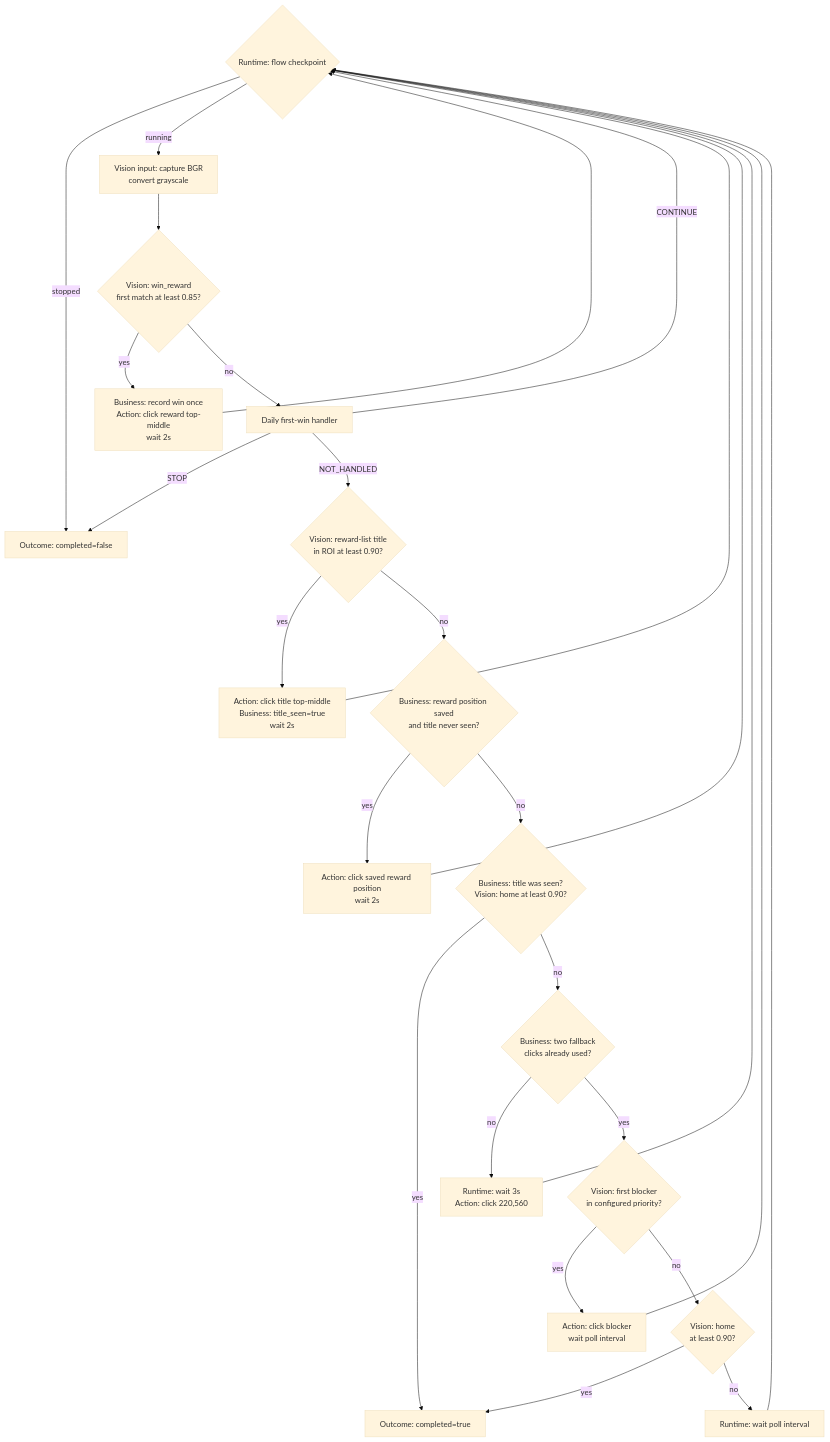
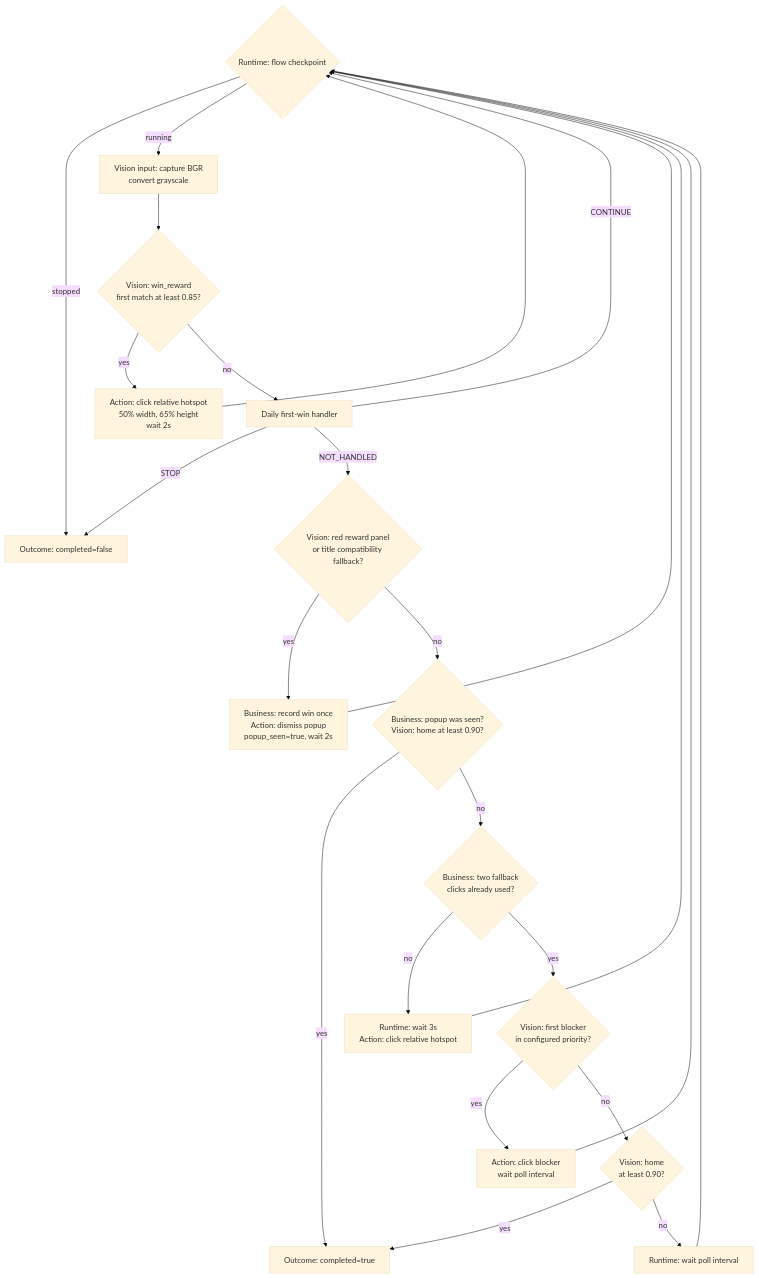
Before and after one commit to nhatduyhy11/burrito-bison-bot: the second of 2 diagrams in docs/MAP_LIFECYCLE.md, drawn with Mermaid (base theme). The commit also changed other lines of this file and 6 other files, not shown here.

Commit message:
feat: improve reward home collect

````diff
--- a/docs/MAP_LIFECYCLE.md
+++ b/docs/MAP_LIFECYCLE.md
@@ -139,34 +139,30 @@
 ```mermaid
 flowchart TD
     CP{Runtime: flow checkpoint}
     CP -- stopped --> X[Outcome: completed=false]
     CP -- running --> CAP[Vision input: capture BGR<br/>convert grayscale]
 
     CAP --> WR{Vision: win_reward<br/>first match at least 0.85?}
-    WR -- yes --> WRA[Business: record win once<br/>Action: click reward top-middle<br/>wait 2s]
+    WR -- yes --> WRA[Action: click relative hotspot<br/>50% width, 65% height<br/>wait 2s]
     WRA --> CP
     WR -- no --> FW[Daily first-win handler]
     FW -- CONTINUE --> CP
     FW -- STOP --> X
-    FW -- NOT_HANDLED --> RT{Vision: reward-list title<br/>in ROI at least 0.90?}
+    FW -- NOT_HANDLED --> RT{Vision: red reward panel<br/>or title compatibility fallback?}
 
-    RT -- yes --> RTA[Action: click title top-middle<br/>Business: title_seen=true<br/>wait 2s]
+    RT -- yes --> RTA[Business: record win once<br/>Action: dismiss popup<br/>popup_seen=true, wait 2s]
     RTA --> CP
-    RT -- no --> RR{Business: reward position saved<br/>and title never seen?}
-    RR -- yes --> RRA[Action: click saved reward position<br/>wait 2s]
-    RRA --> CP
-
-    RR -- no --> EH{Business: title was seen?<br/>Vision: home at least 0.90?}
+    RT -- no --> EH{Business: popup was seen?<br/>Vision: home at least 0.90?}
     EH -- yes --> OK[Outcome: completed=true]
     EH -- no --> FC{Business: two fallback<br/>clicks already used?}
-    FC -- no --> FCA[Runtime: wait 3s<br/>Action: click 220,560]
+    FC -- no --> FCA[Runtime: wait 3s<br/>Action: click relative hotspot]
     FCA --> CP
 
     FC -- yes --> BL{Vision: first blocker<br/>in configured priority?}
     BL -- yes --> BLA[Action: click blocker<br/>wait poll interval]
     BLA --> CP
     BL -- no --> FH{Vision: home<br/>at least 0.90?}
     FH -- yes --> OK
     FH -- no --> POLL[Runtime: wait poll interval]
     POLL --> CP
 ```
````
